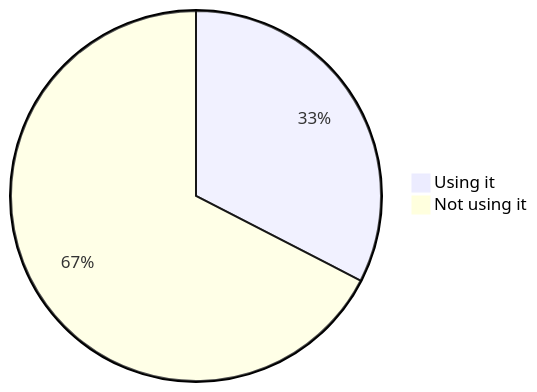
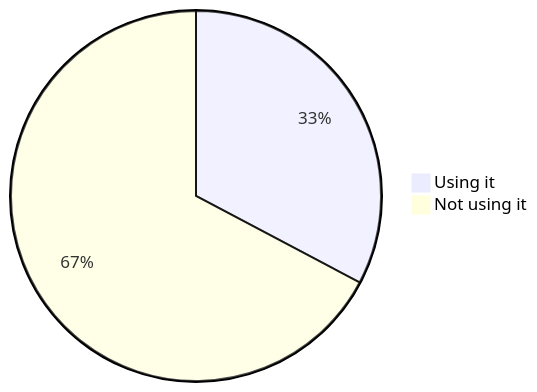
One commit to oshp/oshp-stats changed diagram 15 of 22 in stats.md. Above: the diagram before and after it, drawn with Mermaid. The commit also changed other lines of this file, not shown here.

````diff
--- a/stats.md
+++ b/stats.md
@@ -178,6 +178,6 @@
 ```mermaid
 pie
-	"Using it" : 32.56
-	"Not using it" : 67.44
+	"Using it" : 32.74
+	"Not using it" : 67.26
 
 ```
````
